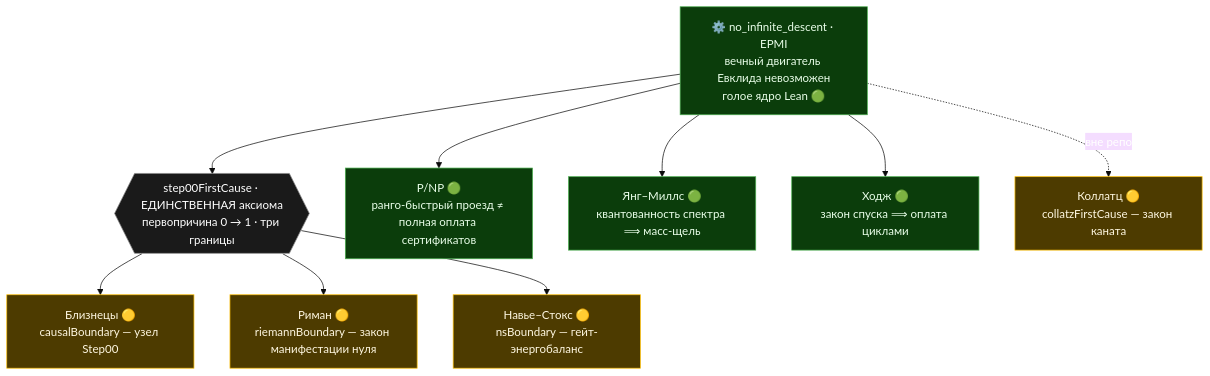
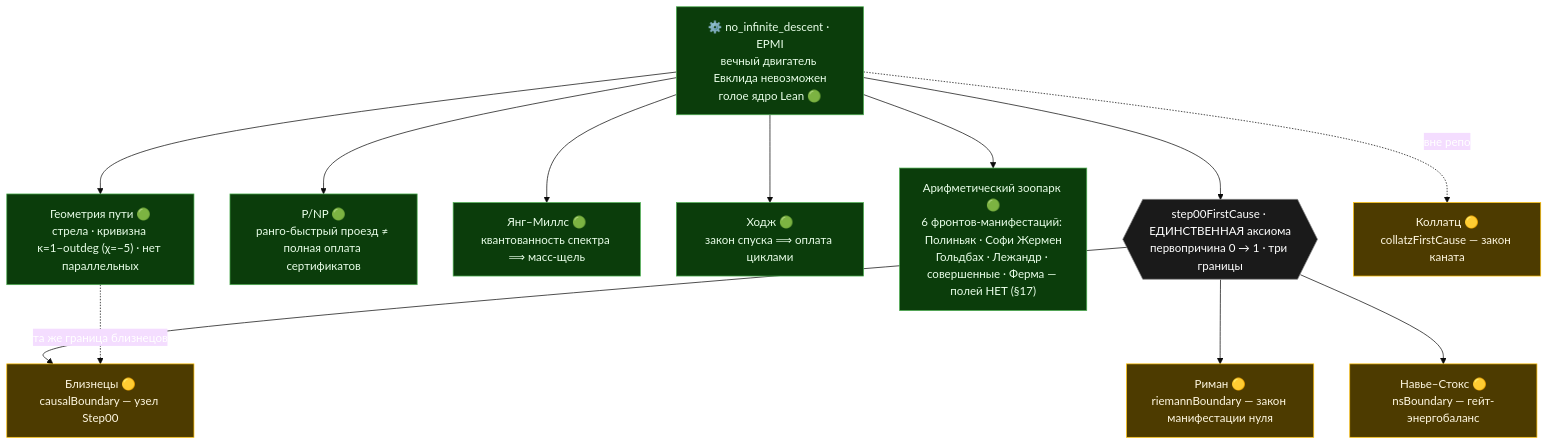
One commit to elamaunt/Euclids-path changed the diagram in README.md. Above: the diagram before and after it, drawn with Mermaid (base theme). The commit also changed other lines of this file and 52 other files, not shown here.

````diff
--- a/README.md
+++ b/README.md
@@ -53,22 +53,26 @@
 ```mermaid
 flowchart TD
     ROOT["⚙️ no_infinite_descent · EPMI<br/>вечный двигатель Евклида невозможен<br/>голое ядро Lean 🟢"]
 
     ROOT --> FC{{"step00FirstCause · ЕДИНСТВЕННАЯ аксиома<br/>первопричина 0 → 1 · три границы"}}
     FC --> TP["Близнецы 🟡<br/>causalBoundary — узел Step00"]
     FC --> RH["Риман 🟡<br/>riemannBoundary — закон манифестации нуля"]
     FC --> NS["Навье–Стокс 🟡<br/>nsBoundary — гейт-энергобаланс"]
 
     ROOT --> PNP["P/NP 🟢<br/>ранго-быстрый проезд ≠ полная оплата сертификатов"]
     ROOT --> YM["Янг–Миллс 🟢<br/>квантованность спектра ⟹ масс-щель"]
     ROOT --> HC["Ходж 🟢<br/>закон спуска ⟹ оплата циклами"]
 
+    ROOT --> ZOO["Арифметический зоопарк 🟢<br/>6 фронтов-манифестаций: Полиньяк · Софи Жермен<br/>Гольдбах · Лежандр · совершенные · Ферма — полей НЕТ (§17)"]
+    ROOT --> GEO["Геометрия пути 🟢<br/>стрела · кривизна κ=1−outdeg (χ=−5) · нет параллельных"]
+    GEO -. та же граница близнецов .-> TP
+
     ROOT -. вне репо .-> CL["Коллатц 🟡<br/>collatzFirstCause — закон каната"]
 
     classDef green fill:#0b3d0b,stroke:#4caf50,color:#eaffea;
     classDef yellow fill:#4d3b00,stroke:#ffc107,color:#fff8e1;
     classDef root fill:#1a1a1a,stroke:#888,color:#ffffff;
-    class ROOT,PNP,YM,HC green;
+    class ROOT,PNP,YM,HC,ZOO,GEO green;
     class TP,RH,NS,CL yellow;
     class FC root;
 ```
````
